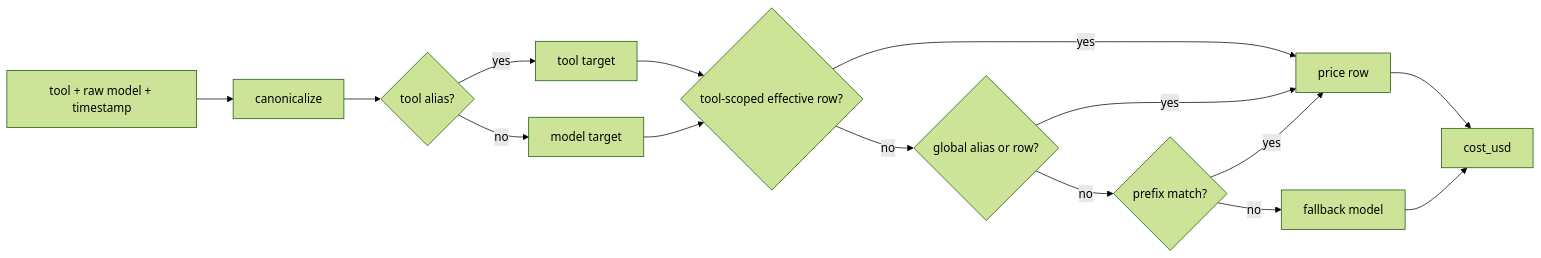
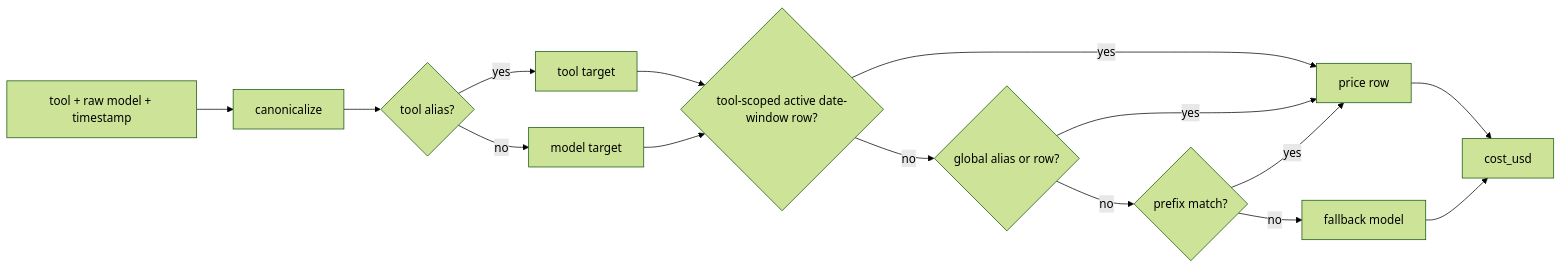
One commit to russmckendrick/tokenuse changed the fifth of 5 diagrams in docs/development/architecture.md. Above: the diagram before and after it, drawn with Mermaid (forest theme). The commit also changed other lines of this file and 23 other files, not shown here.

````diff
--- a/docs/development/architecture.md
+++ b/docs/development/architecture.md
@@ -283,17 +285,17 @@
 ```mermaid
 flowchart LR
     A[tool + raw model + timestamp] --> B[canonicalize]
     B --> C{tool alias?}
     C -->|yes| D[tool target]
     C -->|no| E[model target]
-    D --> F{tool-scoped effective row?}
+    D --> F{tool-scoped active date-window row?}
     E --> F
     F -->|yes| G[price row]
     F -->|no| H{global alias or row?}
     H -->|yes| G
     H -->|no| I{prefix match?}
     I -->|yes| G
     I -->|no| J[fallback model]
     G --> K[cost_usd]
     J --> K
 ```
````
